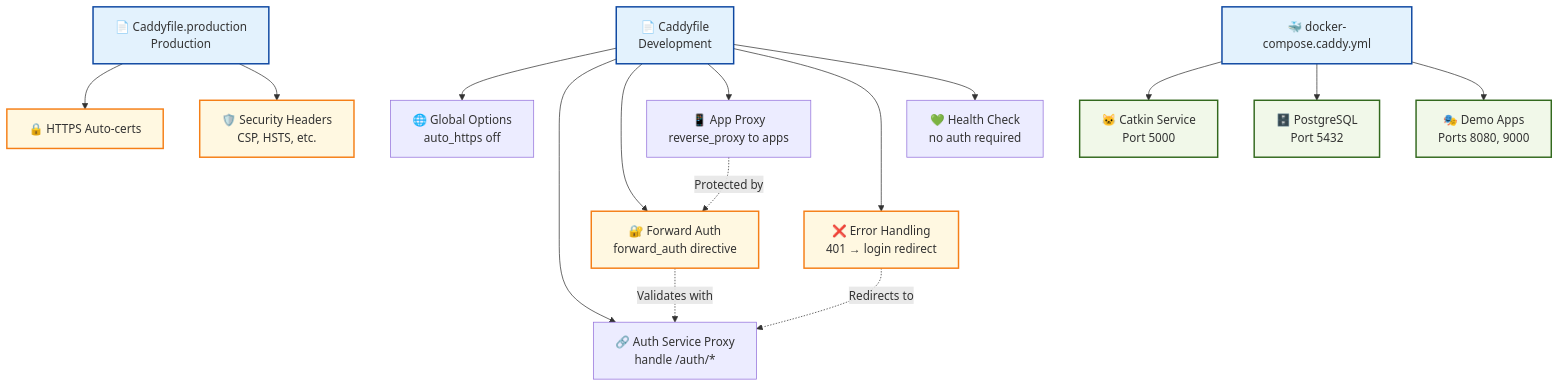
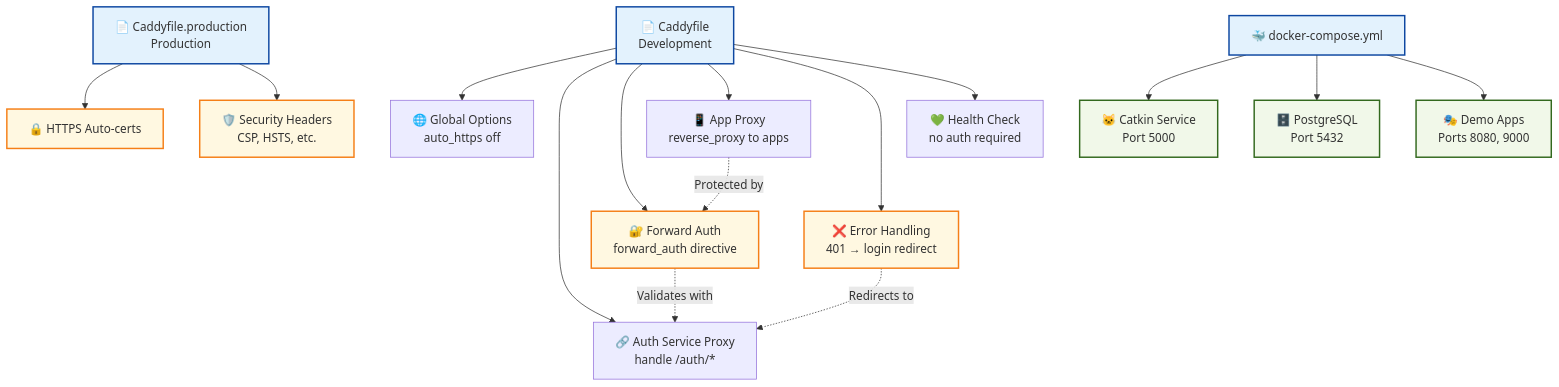
Before and after one commit to agritheory/catkin: the second of 7 diagrams in caddy/docs/ARCHITECTURE.md, drawn with Mermaid. The commit also changed 5 other files, not shown here.

Commit message:
fix: use Caddy example in default compose file

````diff
--- a/caddy/docs/ARCHITECTURE.md
+++ b/caddy/docs/ARCHITECTURE.md
@@ -62,37 +62,37 @@
 ```mermaid
 flowchart TD
     %% Configuration Files
     DevConfig[📄 Caddyfile<br/>Development]
     ProdConfig[📄 Caddyfile.production<br/>Production]
-    DockerConfig[🐳 docker-compose.caddy.yml]
+    DockerConfig[🐳 docker-compose.yml]
 
     %% Caddy Configuration Sections
     DevConfig --> GlobalOpts[🌐 Global Options<br/>auto_https off]
     DevConfig --> AuthProxy[🔗 Auth Service Proxy<br/>handle /auth/*]
     DevConfig --> ForwardAuth[🔐 Forward Auth<br/>forward_auth directive]
     DevConfig --> AppProxy[📱 App Proxy<br/>reverse_proxy to apps]
     DevConfig --> ErrorHandle[❌ Error Handling<br/>401 → login redirect]
     DevConfig --> HealthEndpoint[💚 Health Check<br/>no auth required]
 
     %% Production additions
     ProdConfig --> HTTPS[🔒 HTTPS Auto-certs]
     ProdConfig --> SecurityHeaders[🛡️ Security Headers<br/>CSP, HSTS, etc.]
 
     %% Docker Setup
     DockerConfig --> CatkinService[🐱 Catkin Service<br/>Port 5000]
     DockerConfig --> PostgresService[🗄️ PostgreSQL<br/>Port 5432]
     DockerConfig --> DemoApps[🎭 Demo Apps<br/>Ports 8080, 9000]
 
     %% Flow connections
     ForwardAuth -.->|Validates with| AuthProxy
     AppProxy -.->|Protected by| ForwardAuth
     ErrorHandle -.->|Redirects to| AuthProxy
 
     classDef configStyle fill:#e3f2fd,stroke:#0d47a1,stroke-width:2px
     classDef serviceStyle fill:#f1f8e9,stroke:#33691e,stroke-width:2px
     classDef securityStyle fill:#fff8e1,stroke:#f57f17,stroke-width:2px
 
     class DevConfig,ProdConfig,DockerConfig configStyle
     class CatkinService,PostgresService,DemoApps serviceStyle
     class ForwardAuth,SecurityHeaders,HTTPS,ErrorHandle securityStyle
 ```
````
